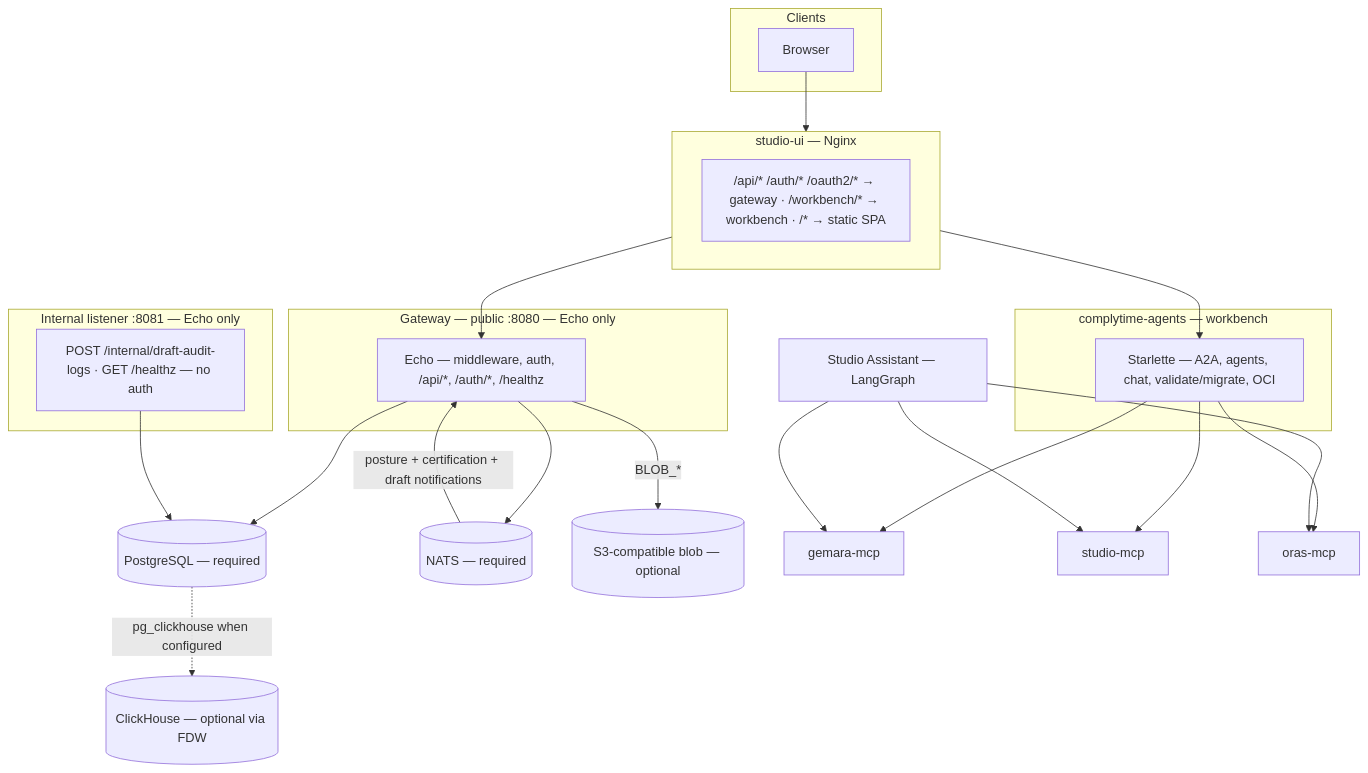
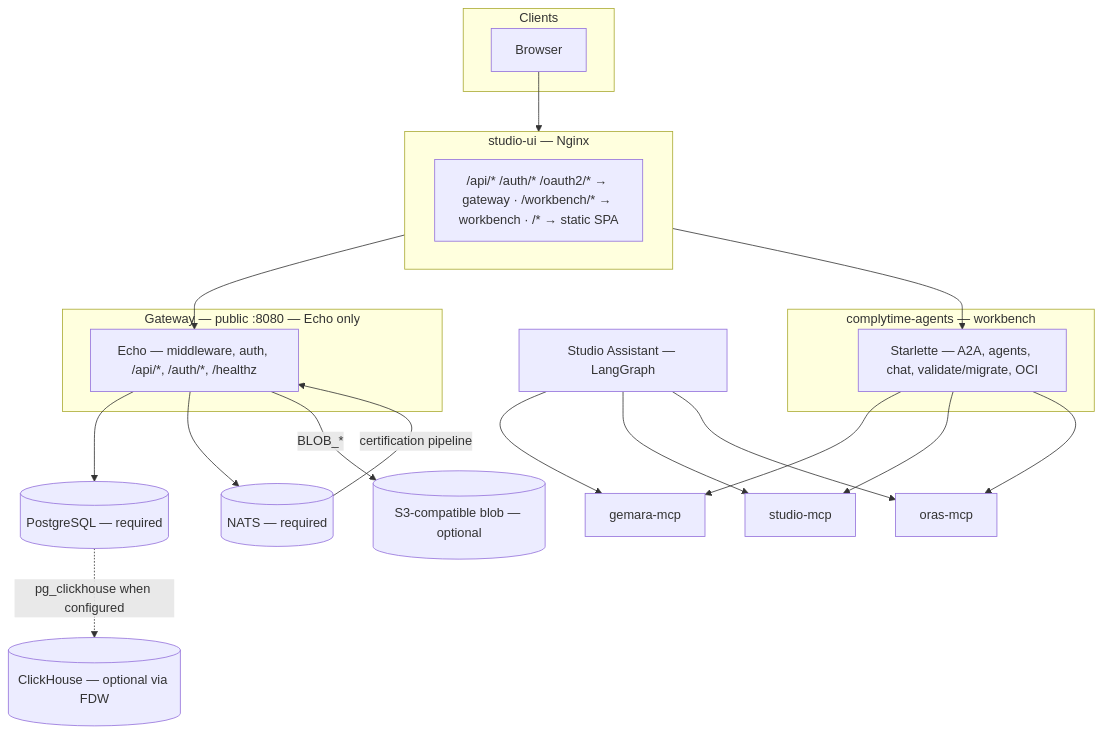
The first of 2 diagrams in docs/design/architecture.md (jpower432/complytime-studio), drawn with Mermaid before and after one commit. The commit also changed other lines of this file and 38 other files, not shown here.

````diff
--- a/docs/design/architecture.md
+++ b/docs/design/architecture.md
@@ -15,49 +15,44 @@
 ```mermaid
 flowchart TB
   subgraph Clients
     Browser["Browser"]
   end
 
   subgraph Nginx["studio-ui — Nginx"]
     Routes["/api/* /auth/* /oauth2/* → gateway · /workbench/* → workbench · /* → static SPA"]
   end
 
   subgraph Gateway["Gateway — public :8080 — Echo only"]
     Echo["Echo — middleware, auth, /api/*, /auth/*, /healthz"]
-  end
-
-  subgraph Internal["Internal listener :8081 — Echo only"]
-    IntEcho["POST /internal/draft-audit-logs · GET /healthz — no auth"]
   end
 
   PG[("PostgreSQL — required")]
   NATS[("NATS — required")]
   Blob[("S3-compatible blob — optional")]
   CH[("ClickHouse — optional via FDW")]
 
   subgraph Workbench["complytime-agents — workbench"]
     WB["Starlette — A2A, agents, chat, validate/migrate, OCI"]
   end
 
   GemaraMCP["gemara-mcp"]
   StudioMCP["studio-mcp"]
   OrasMCP["oras-mcp"]
 
   Assistant["Studio Assistant — LangGraph"]
 
   Browser --> Nginx
   Nginx --> Echo
   Nginx --> WB
   Echo --> PG
   Echo --> NATS
   Echo -->|"BLOB_*"| Blob
-  IntEcho --> PG
   WB --> GemaraMCP
   WB --> StudioMCP
   WB --> OrasMCP
   Assistant --> GemaraMCP
   Assistant --> StudioMCP
   Assistant --> OrasMCP
   PG -.->|"pg_clickhouse when configured"| CH
-  NATS -->|"posture + certification + draft notifications"| Echo
+  NATS -->|"certification pipeline"| Echo
 ```
````
